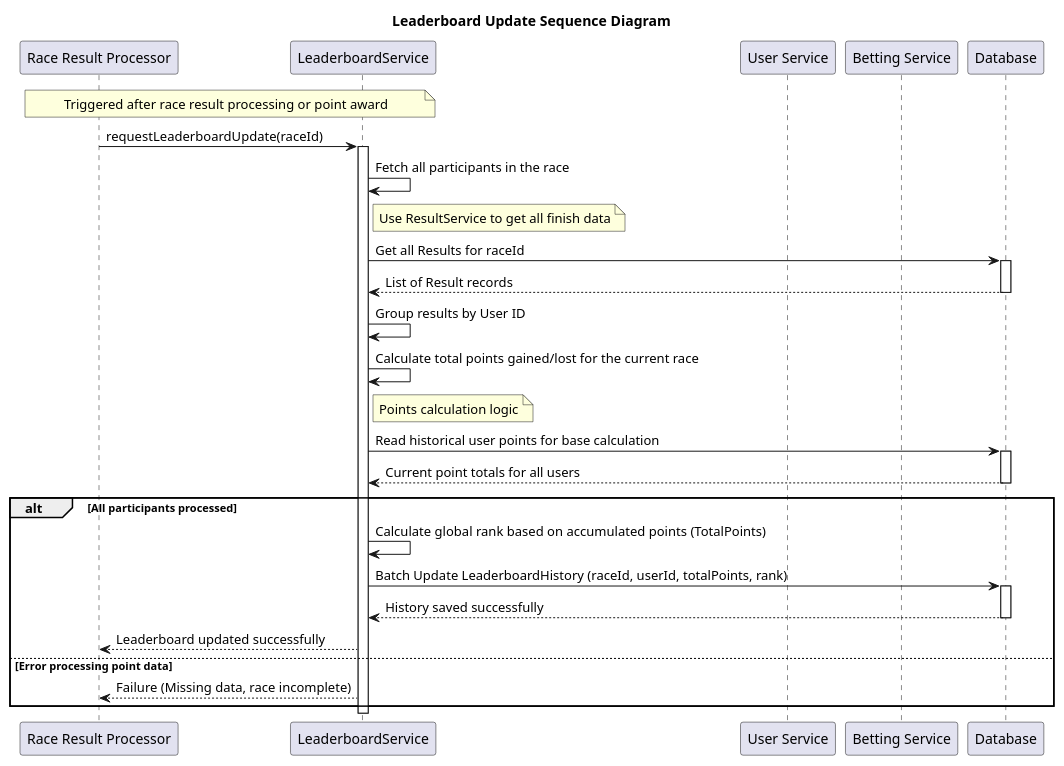
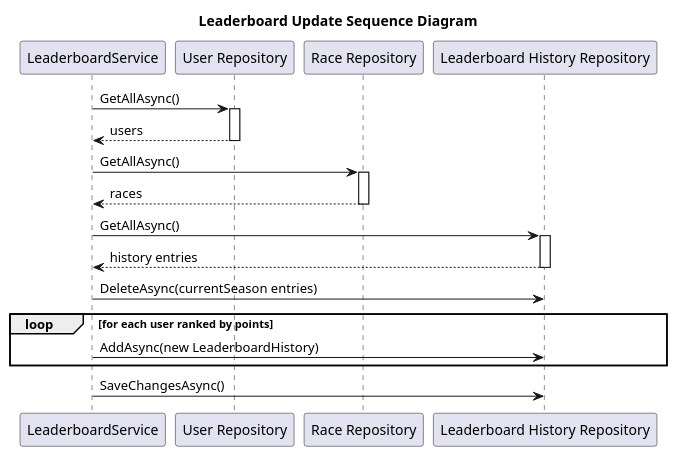
One commit to micjaw310589/f1-betting-game changed the diagram in docs/sequences/leaderboard_update.puml. Above: the diagram before and after it, drawn with PlantUML. The commit also changed 15 other files, not shown here.

First line of the commit message:
Update architecture and sequence PlantUML diagrams

```diff
--- a/docs/sequences/leaderboard_update.puml
+++ b/docs/sequences/leaderboard_update.puml
@@ -1,41 +1,30 @@
 @startuml
 title Leaderboard Update Sequence Diagram
 
-participant "Race Result Processor" as Trigger
 participant "LeaderboardService" as LS
-participant "User Service" as US
-participant "Betting Service" as BS
-participant "Database" as DB
+participant "User Repository" as UR
+participant "Race Repository" as RR
+participant "Leaderboard History Repository" as LHR
 
-note over Trigger, LS: Triggered after race result processing or point award
-Trigger -> LS : requestLeaderboardUpdate(raceId)
-activate LS
+LS -> UR : GetAllAsync()
+activate UR
+UR --> LS : users
+deactivate UR
 
-LS -> LS : Fetch all participants in the race
-note right of LS: Use ResultService to get all finish data
-LS -> DB : Get all Results for raceId
-activate DB
-DB --> LS : List of Result records
-deactivate DB
+LS -> RR : GetAllAsync()
+activate RR
+RR --> LS : races
+deactivate RR
 
-LS -> LS : Group results by User ID
-LS -> LS : Calculate total points gained/lost for the current race
-note right of LS: Points calculation logic
-LS -> DB : Read historical user points for base calculation
-activate DB
-DB --> LS : Current point totals for all users
-deactivate DB
+LS -> LHR : GetAllAsync()
+activate LHR
+LHR --> LS : history entries
+deactivate LHR
 
-alt All participants processed
-  LS -> LS : Calculate global rank based on accumulated points (TotalPoints)
-  LS -> DB : Batch Update LeaderboardHistory (raceId, userId, totalPoints, rank)
-  activate DB
-  DB --> LS : History saved successfully
-  deactivate DB
-  LS --> Trigger : Leaderboard updated successfully
-else Error processing point data
-  LS --> Trigger : Failure (Missing data, race incomplete)
+LS -> LHR : DeleteAsync(currentSeason entries)
+loop for each user ranked by points
+  LS -> LHR : AddAsync(new LeaderboardHistory)
 end
+LS -> LHR : SaveChangesAsync()
 
-deactivate LS
 @enduml
```
